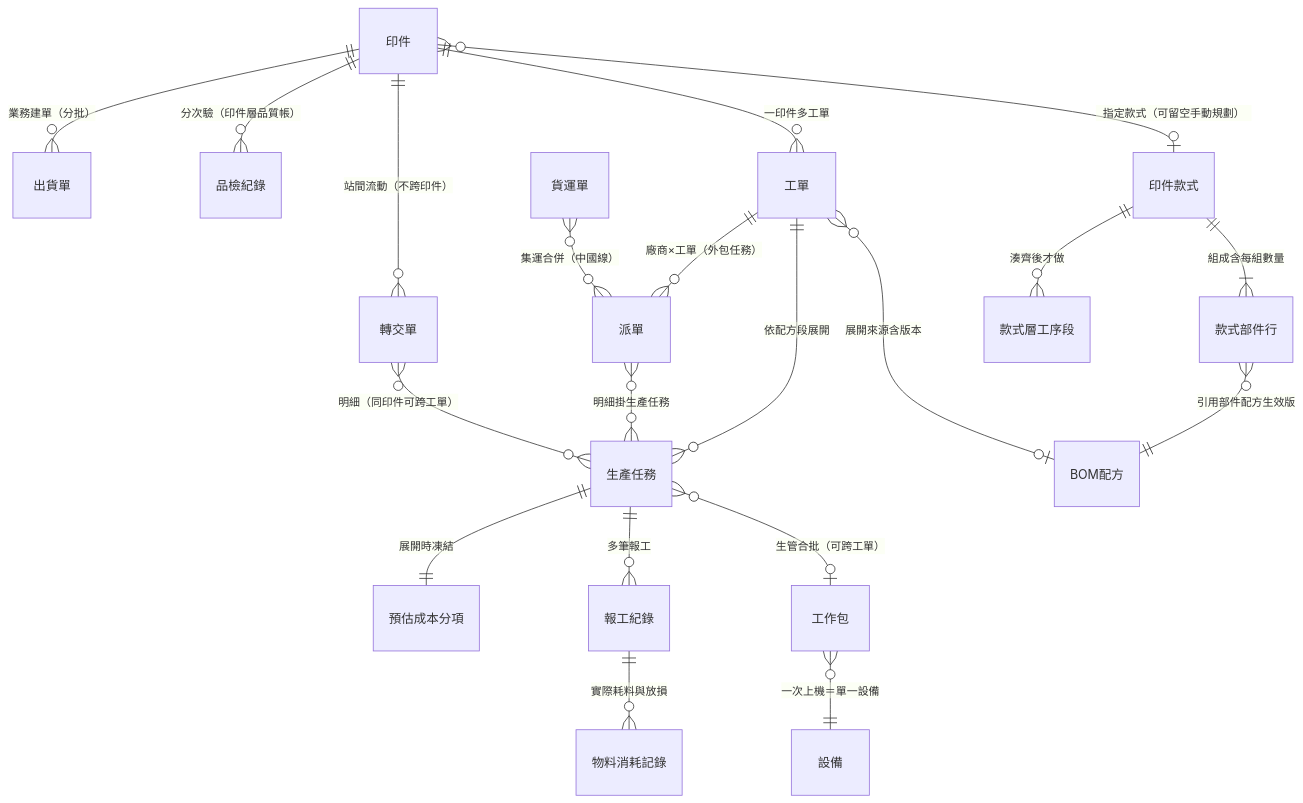
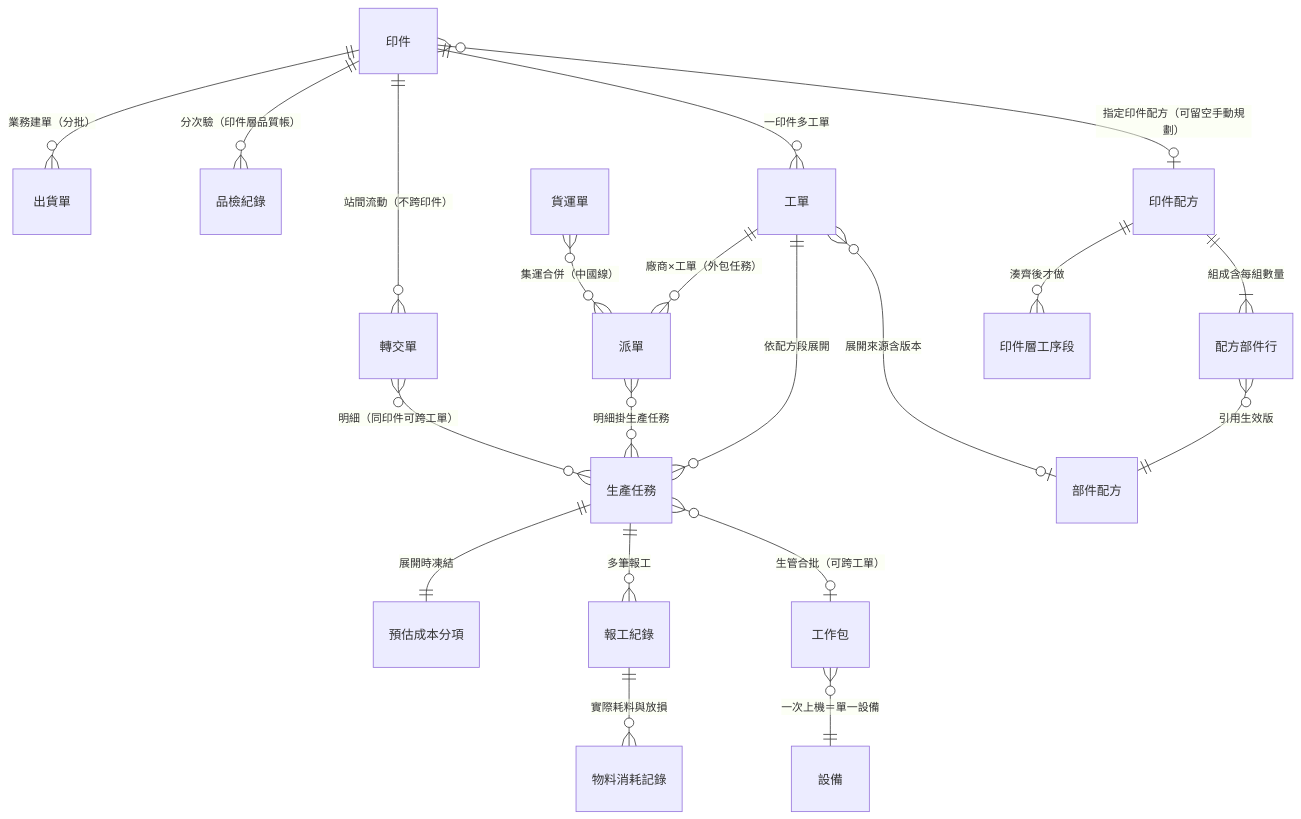
The first of 2 diagrams in production-stage-high-level-design.md (Kawato-Miles/erp-spec), drawn with Mermaid before and after one commit. The commit also changed other lines of this file and 15 other files, not shown here.

````diff
--- a/production-stage-high-level-design.md
+++ b/production-stage-high-level-design.md
@@ -153,22 +153,22 @@
 ```mermaid
 erDiagram
-    "印件款式" ||--|{ "款式部件行" : "組成含每組數量"
-    "款式部件行" }o--|| "BOM配方" : "引用部件配方生效版"
-    "印件款式" ||--o{ "款式層工序段" : "湊齊後才做"
-    "印件" }o--o| "印件款式" : "指定款式（可留空手動規劃）"
+    "印件配方" ||--|{ "配方部件行" : "組成含每組數量"
+    "配方部件行" }o--|| "部件配方" : "引用生效版"
+    "印件配方" ||--o{ "印件層工序段" : "湊齊後才做"
+    "印件" }o--o| "印件配方" : "指定印件配方（可留空手動規劃）"
     "印件" ||--o{ "工單" : "一印件多工單"
-    "工單" }o--o| "BOM配方" : "展開來源含版本"
+    "工單" }o--o| "部件配方" : "展開來源含版本"
     "工單" ||--o{ "生產任務" : "依配方段展開"
     "生產任務" }o--o| "工作包" : "生管合批（可跨工單）"
     "工作包" }o--|| "設備" : "一次上機＝單一設備"
     "生產任務" ||--o{ "報工紀錄" : "多筆報工"
     "報工紀錄" ||--o{ "物料消耗記錄" : "實際耗料與放損"
     "印件" ||--o{ "轉交單" : "站間流動（不跨印件）"
     "轉交單" }o--o{ "生產任務" : "明細（同印件可跨工單）"
     "印件" ||--o{ "品檢紀錄" : "分次驗（印件層品質帳）"
     "工單" ||--o{ "派單" : "廠商×工單（外包任務）"
     "派單" }o--o{ "生產任務" : "明細掛生產任務"
     "貨運單" }o--o{ "派單" : "集運合併（中國線）"
     "印件" ||--o{ "出貨單" : "業務建單（分批）"
     "生產任務" ||--|| "預估成本分項" : "展開時凍結"
 ```
````
